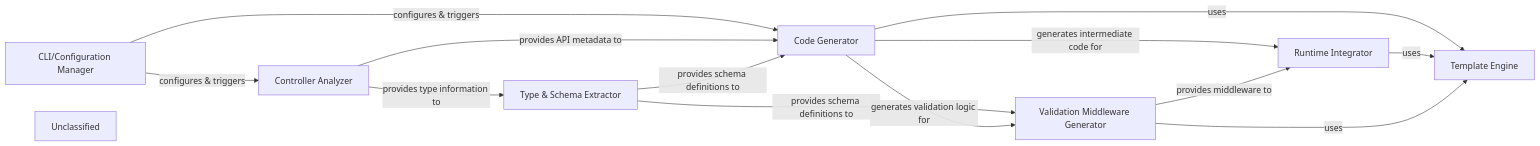
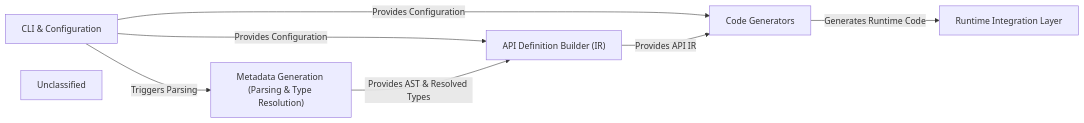
The diagram in tsoa/on_boarding.md (CodeBoarding/GeneratedOnBoardings), drawn with Mermaid before and after one commit. The commit also changed other lines of this file, not shown here.

````diff
--- a/tsoa/on_boarding.md
+++ b/tsoa/on_boarding.md
@@ -1,23 +1,15 @@
 ```mermaid
 graph LR
-    CLI_Configuration_Manager["CLI/Configuration Manager"]
-    Controller_Analyzer["Controller Analyzer"]
-    Type_Schema_Extractor["Type & Schema Extractor"]
-    Code_Generator["Code Generator"]
-    Runtime_Integrator["Runtime Integrator"]
-    Validation_Middleware_Generator["Validation Middleware Generator"]
-    Template_Engine["Template Engine"]
+    CLI_Configuration["CLI & Configuration"]
+    Metadata_Generation_Parsing_Type_Resolution_["Metadata Generation (Parsing & Type Resolution)"]
+    API_Definition_Builder_IR_["API Definition Builder (IR)"]
+    Code_Generators["Code Generators"]
+    Runtime_Integration_Layer["Runtime Integration Layer"]
     Unclassified["Unclassified"]
-    CLI_Configuration_Manager -- "configures & triggers" --> Controller_Analyzer
-    CLI_Configuration_Manager -- "configures & triggers" --> Code_Generator
-    Controller_Analyzer -- "provides API metadata to" --> Code_Generator
-    Controller_Analyzer -- "provides type information to" --> Type_Schema_Extractor
-    Type_Schema_Extractor -- "provides schema definitions to" --> Code_Generator
-    Type_Schema_Extractor -- "provides schema definitions to" --> Validation_Middleware_Generator
-    Code_Generator -- "generates intermediate code for" --> Runtime_Integrator
-    Code_Generator -- "generates validation logic for" --> Validation_Middleware_Generator
-    Code_Generator -- "uses" --> Template_Engine
-    Runtime_Integrator -- "uses" --> Template_Engine
-    Validation_Middleware_Generator -- "provides middleware to" --> Runtime_Integrator
-    Validation_Middleware_Generator -- "uses" --> Template_Engine
+    CLI_Configuration -- "Triggers Parsing" --> Metadata_Generation_Parsing_Type_Resolution_
+    CLI_Configuration -- "Provides Configuration" --> API_Definition_Builder_IR_
+    CLI_Configuration -- "Provides Configuration" --> Code_Generators
+    Metadata_Generation_Parsing_Type_Resolution_ -- "Provides AST & Resolved Types" --> API_Definition_Builder_IR_
+    API_Definition_Builder_IR_ -- "Provides API IR" --> Code_Generators
+    Code_Generators -- "Generates Runtime Code" --> Runtime_Integration_Layer
 ```
````
